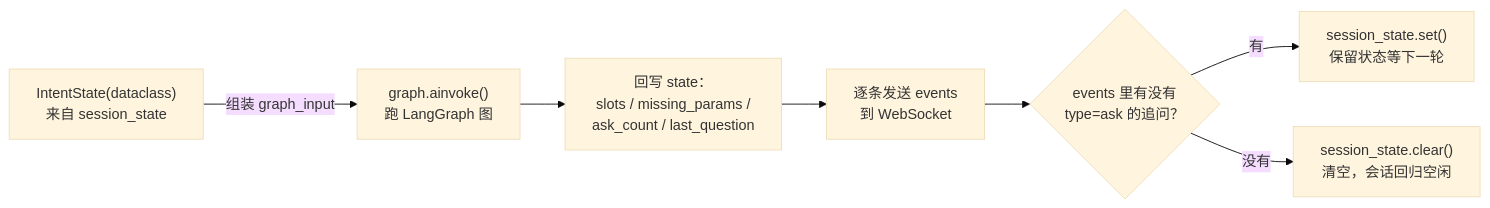
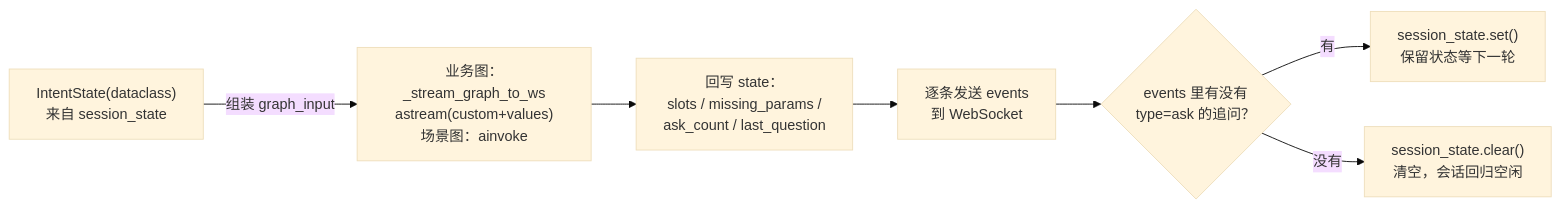
The second of 10 diagrams in docs/架构文档.md (qingyanjiu/agentic-app), drawn with Mermaid (base theme) before and after one commit. The commit also changed other lines of this file and 20 other files, not shown here.

````diff
--- a/docs/架构文档.md
+++ b/docs/架构文档.md
@@ -211,9 +214,9 @@
 ```mermaid
 flowchart LR
-    A["IntentState(dataclass)<br/>来自 session_state"] -->|"组装 graph_input"| B["graph.ainvoke()<br/>跑 LangGraph 图"]
+    A["IntentState(dataclass)<br/>来自 session_state"] -->|"组装 graph_input"| B["业务图：_stream_graph_to_ws<br/>astream(custom+values)<br/>场景图：ainvoke"]
     B --> C["回写 state：<br/>slots / missing_params /<br/>ask_count / last_question"]
     C --> D["逐条发送 events<br/>到 WebSocket"]
     D --> E{"events 里有没有<br/>type=ask 的追问？"}
     E -->|"有"| F["session_state.set()<br/>保留状态等下一轮"]
     E -->|"没有"| G["session_state.clear()<br/>清空，会话回归空闲"]
 ```
````
